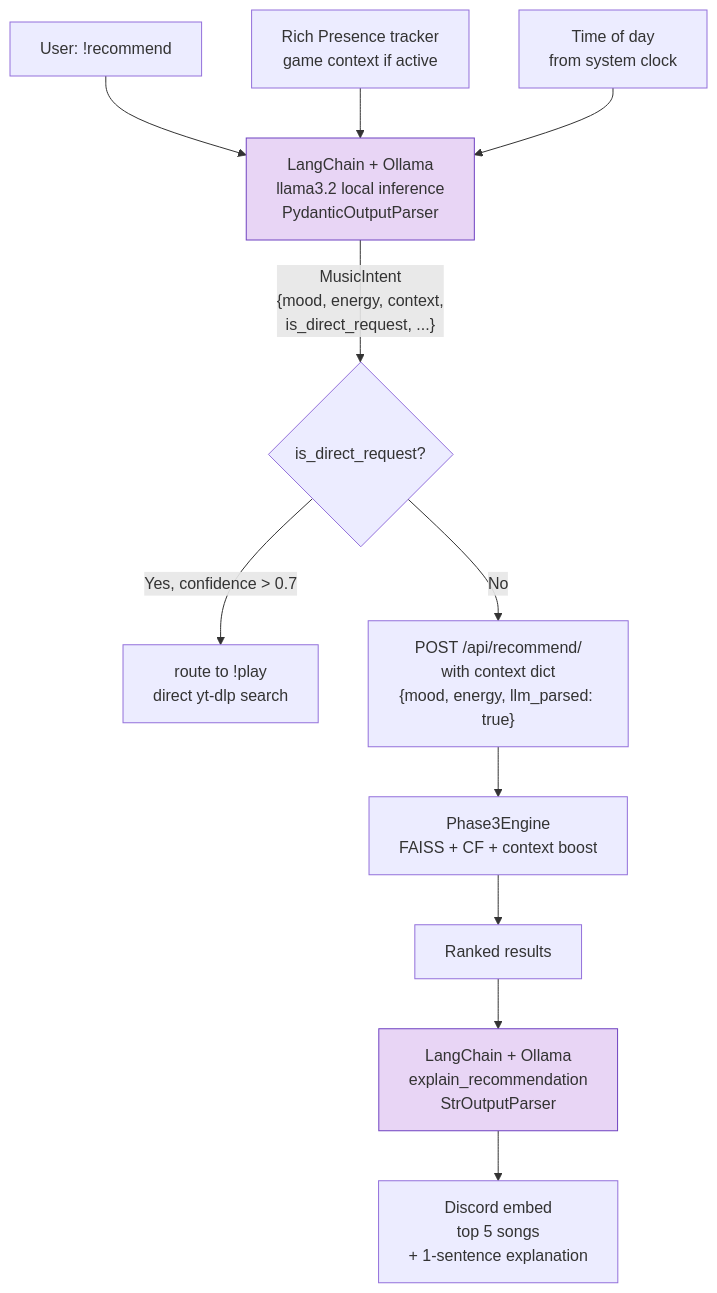
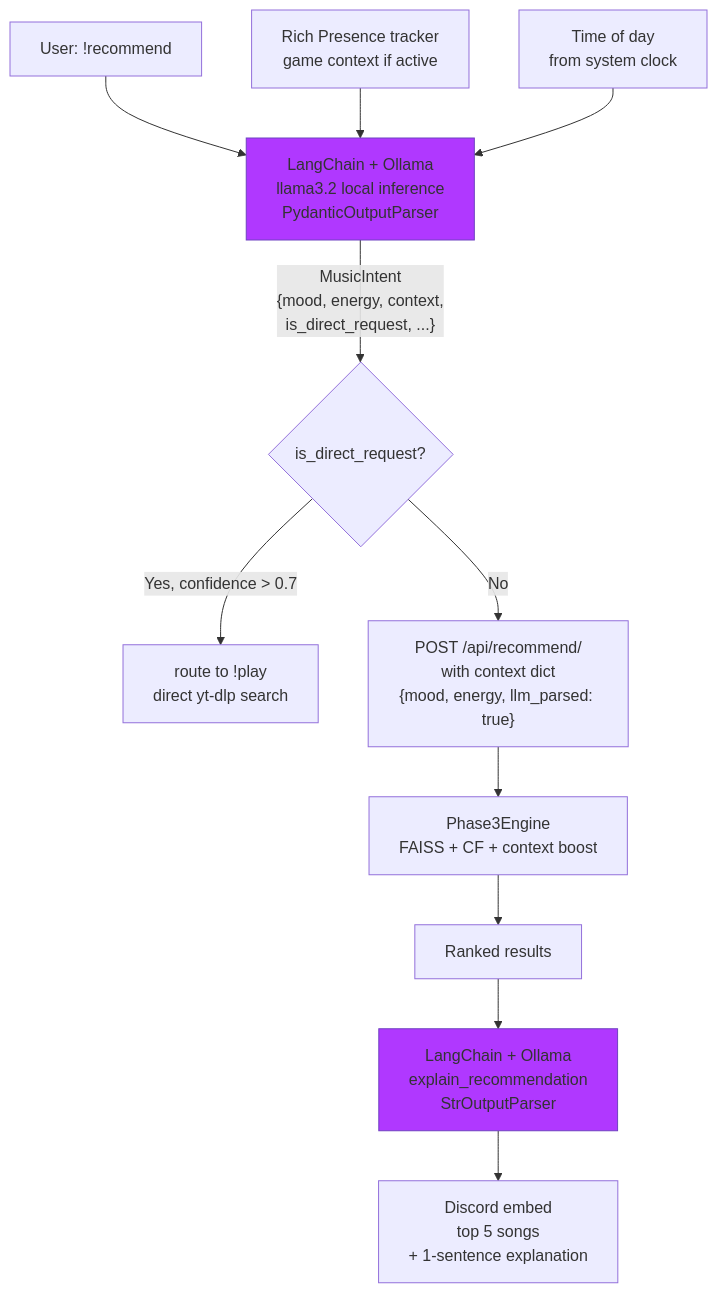
One commit to willh-simpson/discord-music-bot changed the eighth of 10 diagrams in docs/system-architecture.md. Above: the diagram before and after it, drawn with Mermaid. The commit also changed other lines of this file, not shown here.

Commit message:
More text-friendly colors for colored blocks in system-architecture.md

````diff
--- a/docs/system-architecture.md
+++ b/docs/system-architecture.md
@@ -280,27 +280,27 @@
 ```mermaid
 graph TD
     UserMsg["User: !recommend <query of user's mood>"]
 
     RP["Rich Presence tracker\ngame context if active"]
     TimeCtx["Time of day\nfrom system clock"]
 
     UserMsg --> Parser
     RP --> Parser
     TimeCtx --> Parser
 
     Parser["LangChain + Ollama\nllama3.2 local inference\nPydanticOutputParser"]
 
     Parser -->|"MusicIntent\n{mood, energy, context,\nis_direct_request, ...}"| Router{is_direct_request?}
 
     Router -->|"Yes, confidence > 0.7"| Play["route to !play\ndirect yt-dlp search"]
     Router -->|"No"| RecAPI["POST /api/recommend/\nwith context dict\n{mood, energy, llm_parsed: true}"]
 
     RecAPI --> Phase3["Phase3Engine\nFAISS + CF + context boost"]
     Phase3 --> Results["Ranked results"]
 
     Results --> Explainer["LangChain + Ollama\nexplain_recommendation\nStrOutputParser"]
     Explainer --> Embed["Discord embed\ntop 5 songs\n+ 1-sentence explanation"]
 
-    style Parser fill:#e8d5f5,stroke:#6f42c1
-    style Explainer fill:#e8d5f5,stroke:#6f42c1
+    style Parser fill:#B038FF,stroke:#6f42c1
+    style Explainer fill:#B038FF,stroke:#6f42c1
 ```
````
